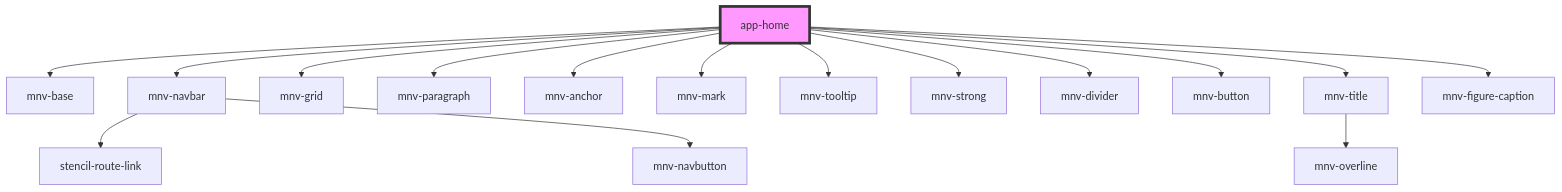
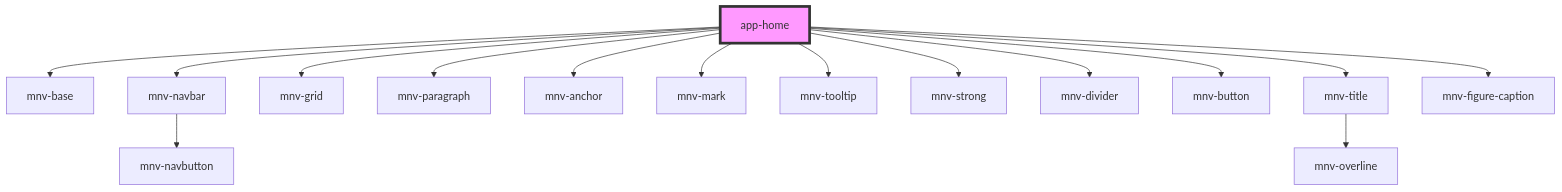
One commit to rafaela-vairo/ufrj-sustainable changed the diagram in src/components/app-pages/app-home/readme.md. Above: the diagram before and after it, drawn with Mermaid. The commit also changed 26 other files, not shown here.

````diff
--- a/src/components/app-pages/app-home/readme.md
+++ b/src/components/app-pages/app-home/readme.md
@@ -26,19 +26,18 @@
 ```mermaid
 graph TD;
   app-home --> mnv-base
   app-home --> mnv-navbar
   app-home --> mnv-grid
   app-home --> mnv-paragraph
   app-home --> mnv-anchor
   app-home --> mnv-mark
   app-home --> mnv-tooltip
   app-home --> mnv-strong
   app-home --> mnv-divider
   app-home --> mnv-button
   app-home --> mnv-title
   app-home --> mnv-figure-caption
-  mnv-navbar --> stencil-route-link
   mnv-navbar --> mnv-navbutton
   mnv-title --> mnv-overline
   style app-home fill:#f9f,stroke:#333,stroke-width:4px
 ```
````
